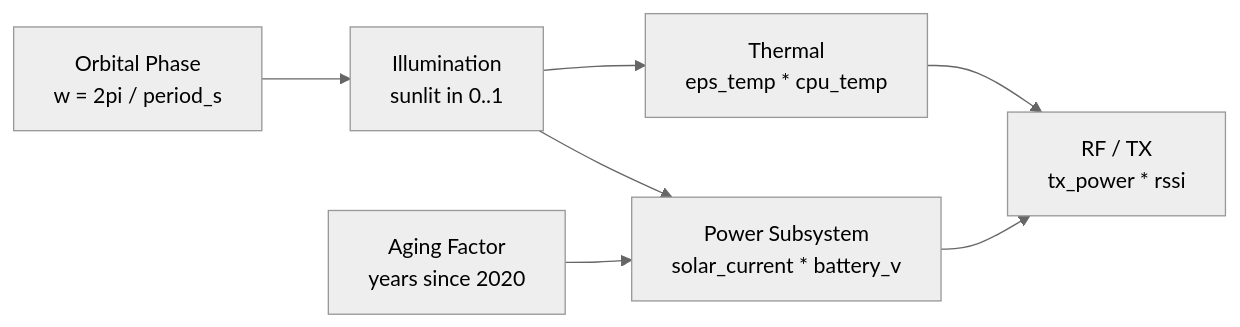
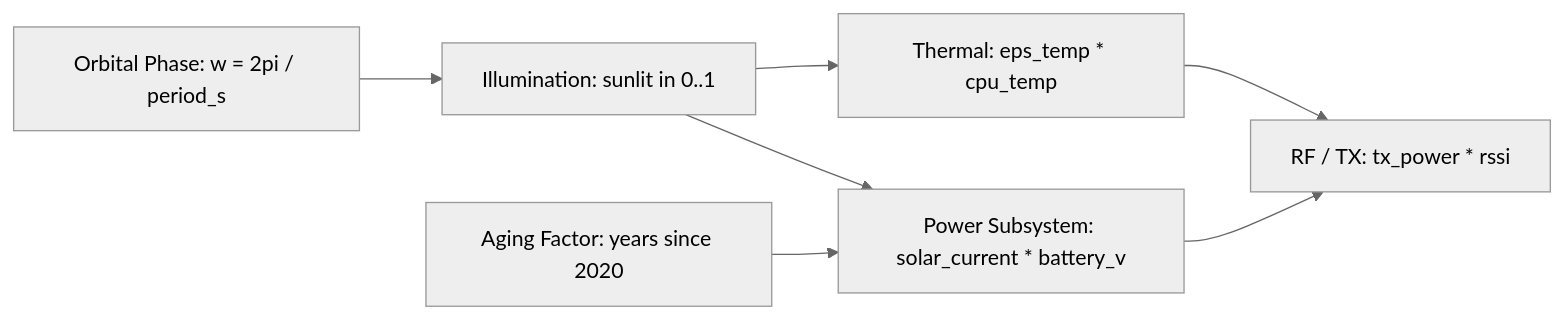
One commit to yoohooshantanu/Downlink changed the fifth of 9 diagrams in README.md. Above: the diagram before and after it, drawn with Mermaid (neutral theme). The commit also changed other lines of this file, not shown here.

Commit message:
docs: use purely standard mermaid syntax to fix VS Code / Markdown preview compatibility

````diff
--- a/README.md
+++ b/README.md
@@ -229,9 +232,9 @@
 ```mermaid
-graph LR
-    OT["Orbital Phase<br/>w = 2pi / period_s"] --> IL["Illumination<br/>sunlit in 0..1"]
-    IL --> EPS["Power Subsystem<br/>solar_current * battery_v"]
-    IL --> TH["Thermal<br/>eps_temp * cpu_temp"]
-    EPS --> RF["RF / TX<br/>tx_power * rssi"]
+flowchart LR
+    OT["Orbital Phase: w = 2pi / period_s"] --> IL["Illumination: sunlit in 0..1"]
+    IL --> EPS["Power Subsystem: solar_current * battery_v"]
+    IL --> TH["Thermal: eps_temp * cpu_temp"]
+    EPS --> RF["RF / TX: tx_power * rssi"]
     TH --> RF
-    AG["Aging Factor<br/>years since 2020"] --> EPS
+    AG["Aging Factor: years since 2020"] --> EPS
 ```
````
